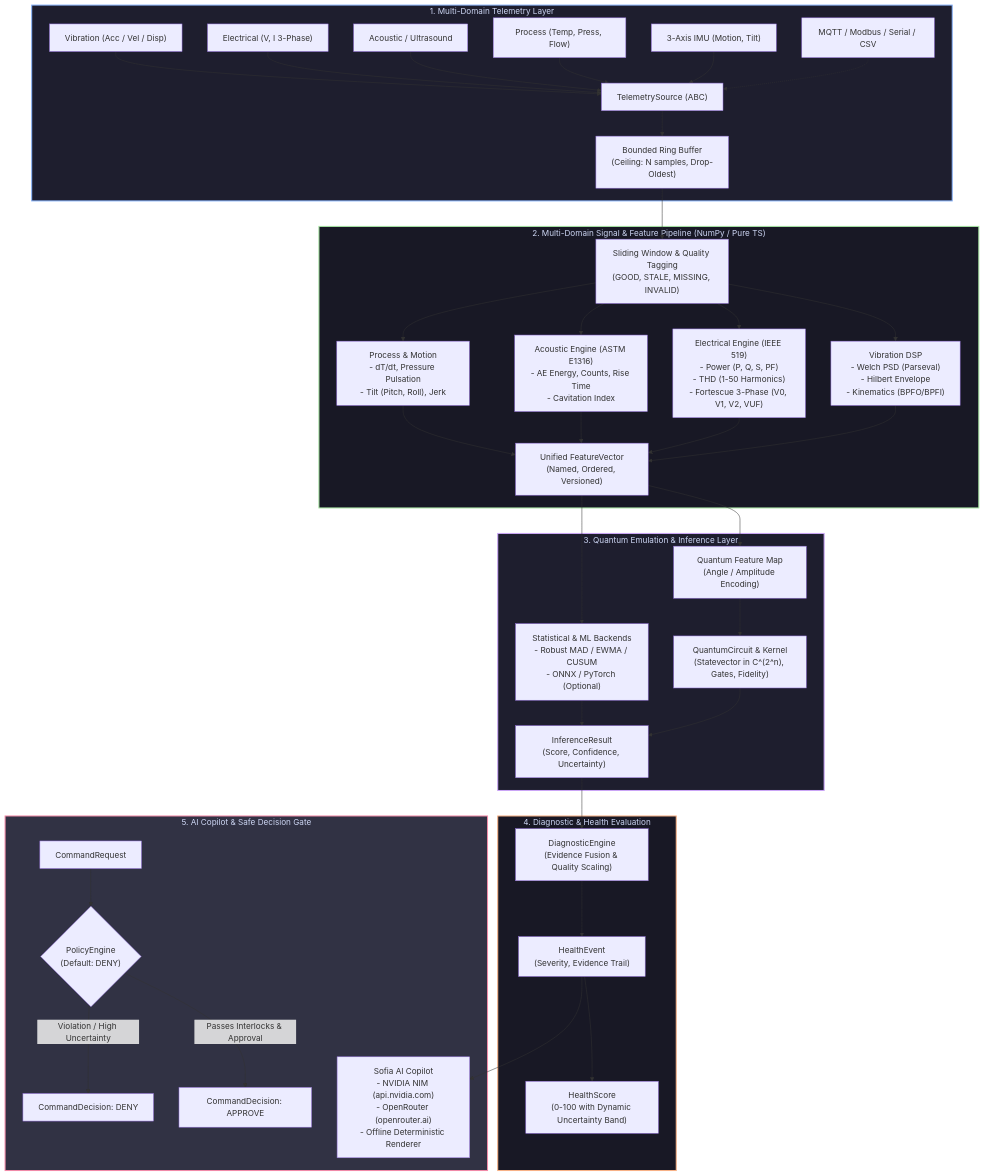
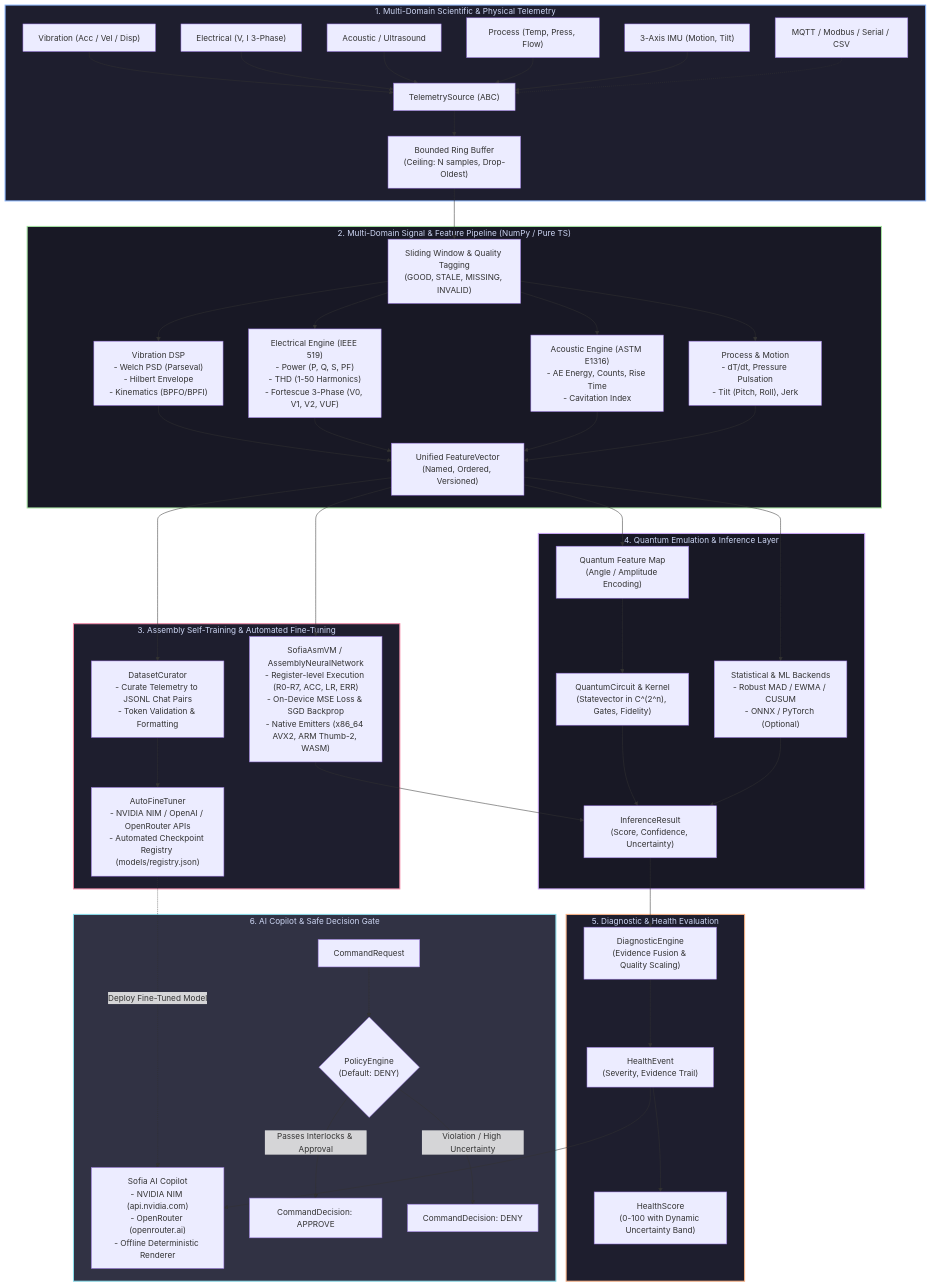
Before and after one commit to rootcastleco/sofia-ai: the diagram in README.md, drawn with Mermaid. The commit also changed other lines of this file and 20 other files, not shown here.

Commit message:
feat: add assembly neural self-training, auto fine-tuning, and general scientific AI capabilities

````diff
--- a/README.md
+++ b/README.md
@@ -73,47 +87,55 @@
 ```mermaid
 flowchart TD
-    subgraph INGEST ["1. Multi-Domain Telemetry Layer"]
+    subgraph INGEST ["1. Multi-Domain Scientific & Physical Telemetry"]
         S_VIB["Vibration (Acc / Vel / Disp)"] --> TS["TelemetrySource (ABC)"]
         S_ELEC["Electrical (V, I 3-Phase)"] --> TS
         S_AC["Acoustic / Ultrasound"] --> TS
         S_PROC["Process (Temp, Press, Flow)"] --> TS
         S_IMU["3-Axis IMU (Motion, Tilt)"] --> TS
         S_BUS["MQTT / Modbus / Serial / CSV"] -.-> TS
         TS --> RB["Bounded Ring Buffer\n(Ceiling: N samples, Drop-Oldest)"]
     end
 
     subgraph DSP ["2. Multi-Domain Signal & Feature Pipeline (NumPy / Pure TS)"]
         RB --> WN["Sliding Window & Quality Tagging\n(GOOD, STALE, MISSING, INVALID)"]
         WN --> SIG_VIB["Vibration DSP\n- Welch PSD (Parseval)\n- Hilbert Envelope\n- Kinematics (BPFO/BPFI)"]
         WN --> SIG_ELE["Electrical Engine (IEEE 519)\n- Power (P, Q, S, PF)\n- THD (1-50 Harmonics)\n- Fortescue 3-Phase (V0, V1, V2, VUF)"]
         WN --> SIG_AC["Acoustic Engine (ASTM E1316)\n- AE Energy, Counts, Rise Time\n- Cavitation Index"]
         WN --> SIG_PROC["Process & Motion\n- dT/dt, Pressure Pulsation\n- Tilt (Pitch, Roll), Jerk"]
         SIG_VIB & SIG_ELE & SIG_AC & SIG_PROC --> FEAT["Unified FeatureVector\n(Named, Ordered, Versioned)"]
     end
 
-    subgraph QUANTUM ["3. Quantum Emulation & Inference Layer"]
+    subgraph LEARNING ["3. Assembly Self-Training & Automated Fine-Tuning"]
+        FEAT --> ASM_VM["SofiaAsmVM / AssemblyNeuralNetwork\n- Register-level Execution (R0-R7, ACC, LR, ERR)\n- On-Device MSE Loss & SGD Backprop\n- Native Emitters (x86_64 AVX2, ARM Thumb-2, WASM)"]
+        FEAT --> CURATOR["DatasetCurator\n- Curate Telemetry to JSONL Chat Pairs\n- Token Validation & Formatting"]
+        CURATOR --> AUTO_FT["AutoFineTuner\n- NVIDIA NIM / OpenAI / OpenRouter APIs\n- Automated Checkpoint Registry (models/registry.json)"]
+    end
+
+    subgraph QUANTUM ["4. Quantum Emulation & Inference Layer"]
         FEAT --> Q_MAP["Quantum Feature Map\n(Angle / Amplitude Encoding)"]
         Q_MAP --> Q_CIRC["QuantumCircuit & Kernel\n(Statevector in C^(2^n), Gates, Fidelity)"]
         FEAT --> MB["Statistical & ML Backends\n- Robust MAD / EWMA / CUSUM\n- ONNX / PyTorch (Optional)"]
-        Q_CIRC & MB --> IR["InferenceResult\n(Score, Confidence, Uncertainty)"]
+        Q_CIRC & MB & ASM_VM --> IR["InferenceResult\n(Score, Confidence, Uncertainty)"]
     end
 
-    subgraph DIAGNOSTICS ["4. Diagnostic & Health Evaluation"]
+    subgraph DIAGNOSTICS ["5. Diagnostic & Health Evaluation"]
         IR --> DE["DiagnosticEngine\n(Evidence Fusion & Quality Scaling)"]
         DE --> HE["HealthEvent\n(Severity, Evidence Trail)"]
         HE --> HS["HealthScore\n(0-100 with Dynamic Uncertainty Band)"]
     end
 
-    subgraph COPILOT ["5. AI Copilot & Safe Decision Gate"]
+    subgraph COPILOT ["6. AI Copilot & Safe Decision Gate"]
         HE --> AI_COP["Sofia AI Copilot\n- NVIDIA NIM (api.nvidia.com)\n- OpenRouter (openrouter.ai)\n- Offline Deterministic Renderer"]
+        AUTO_FT -.->|Deploy Fine-Tuned Model| AI_COP
         CMD["CommandRequest"] --> PE{"PolicyEngine\n(Default: DENY)"}
         PE -->|Passes Interlocks & Approval| ACT["CommandDecision: APPROVE"]
         PE -->|Violation / High Uncertainty| DEN["CommandDecision: DENY"]
     end
 
     style INGEST fill:#1e1e2e,stroke:#89b4fa,stroke-width:2px,color:#cdd6f4
     style DSP fill:#181825,stroke:#a6e3a1,stroke-width:2px,color:#cdd6f4
-    style QUANTUM fill:#1e1e2e,stroke:#cba6f7,stroke-width:2px,color:#cdd6f4
-    style DIAGNOSTICS fill:#181825,stroke:#fab387,stroke-width:2px,color:#cdd6f4
-    style COPILOT fill:#313244,stroke:#f38ba8,stroke-width:2px,color:#cdd6f4
+    style LEARNING fill:#1e1e2e,stroke:#f38ba8,stroke-width:2px,color:#cdd6f4
+    style QUANTUM fill:#181825,stroke:#cba6f7,stroke-width:2px,color:#cdd6f4
+    style DIAGNOSTICS fill:#1e1e2e,stroke:#fab387,stroke-width:2px,color:#cdd6f4
+    style COPILOT fill:#313244,stroke:#89dceb,stroke-width:2px,color:#cdd6f4
 ```
````
